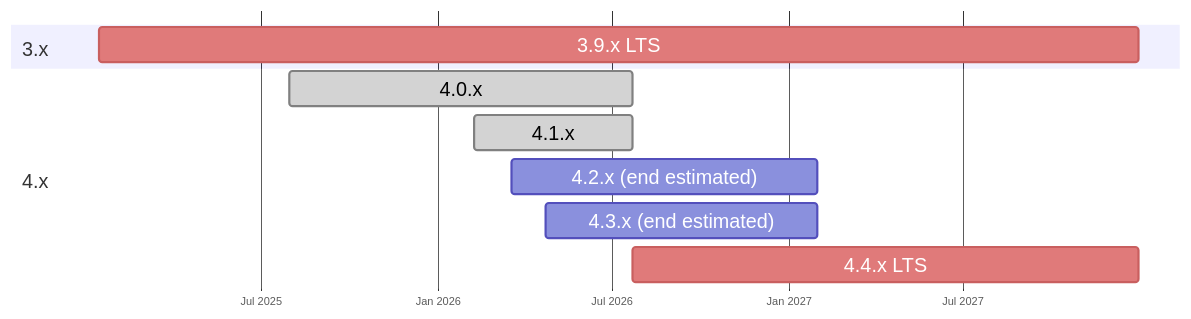
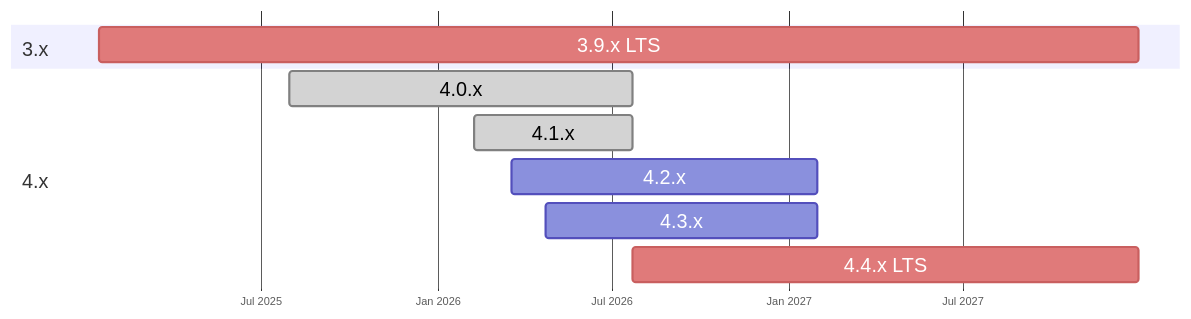
The first of 2 diagrams in docs/getting-started/lifecycle.md (poweradmin/poweradmin-docs), drawn with Mermaid before and after one commit. The commit also changed other lines of this file and 14 other files, not shown here.

````diff
--- a/docs/getting-started/lifecycle.md
+++ b/docs/getting-started/lifecycle.md
@@ -29,18 +29,18 @@
 ```mermaid
 %%{init: {'themeCSS': 'text { font-family: var(--md-mermaid-font-family); } .tick text { font-size: 16px; }', 'gantt': {'fontSize': 18, 'sectionFontSize': 18, 'barHeight': 32, 'barGap': 8, 'leftPadding': 80}, 'themeVariables': {'critBkgColor': '#e07a7a', 'critBorderColor': '#c95f5f'}}}%%
 gantt
     dateFormat YYYY-MM-DD
     axisFormat %b %Y
     tickInterval 6month
     todayMarker on
 
     section 3.x
     3.9.x LTS              :crit, 2025-01-14, 2027-12-31
 
     section 4.x
     4.0.x                  :done, 2025-07-31, 2026-07-23
     4.1.x                  :done, 2026-02-08, 2026-07-23
-    4.2.x (end estimated)  :2026-03-19, 2027-01-31
-    4.3.x (end estimated)  :2026-04-23, 2027-01-31
+    4.2.x                  :2026-03-19, 2027-01-31
+    4.3.x                  :2026-04-23, 2027-01-31
     4.4.x LTS              :crit, 2026-07-23, 2027-12-31
 ```
````
